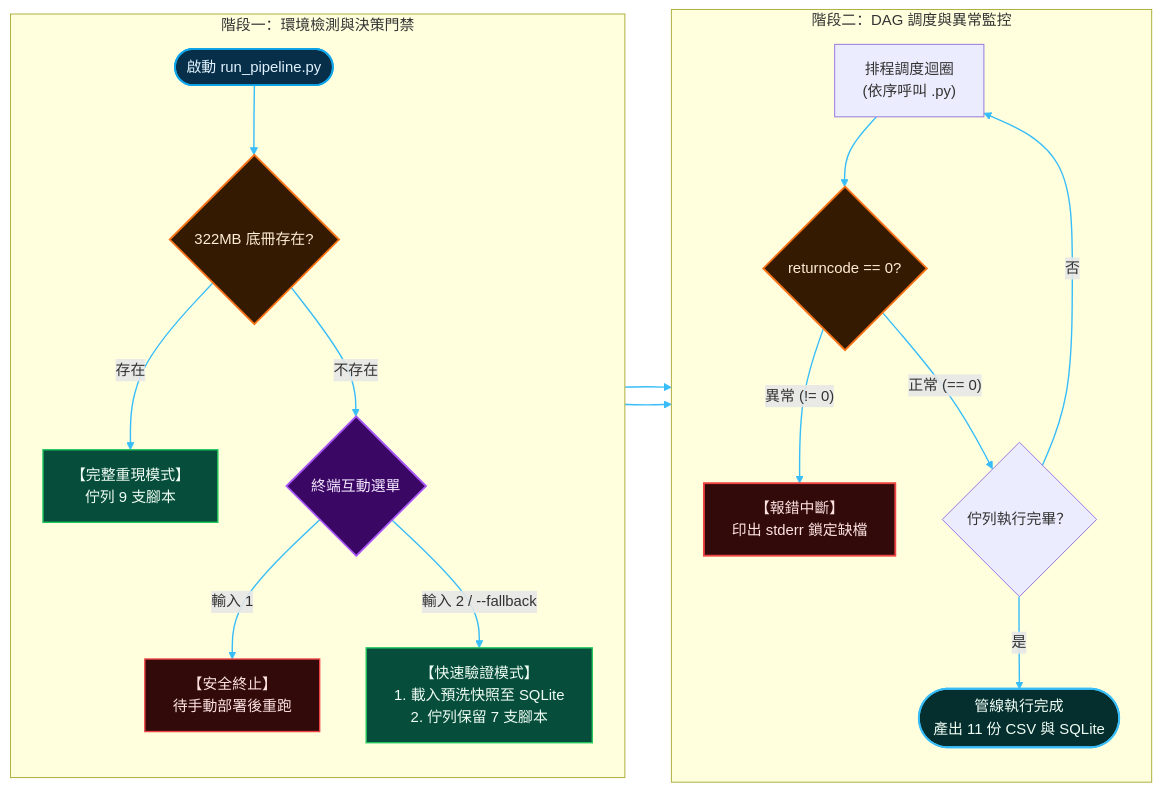
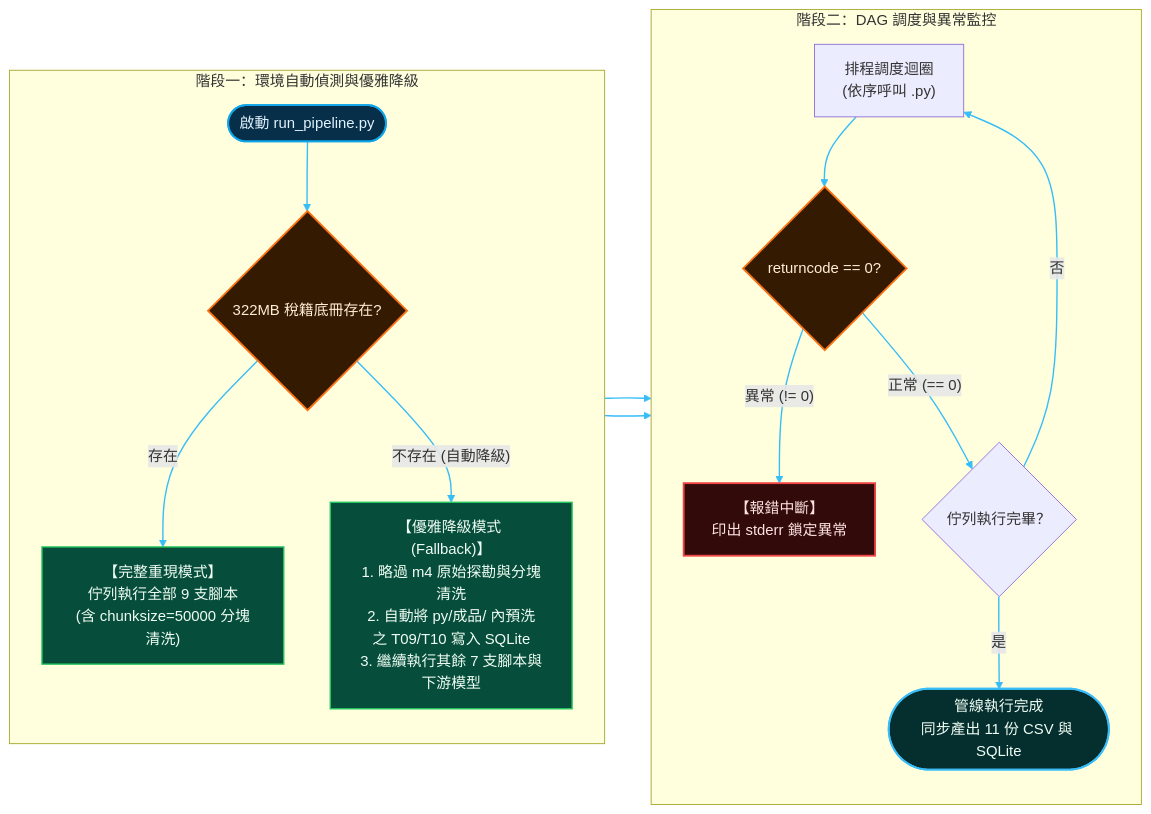
The second of 2 diagrams in README.md (GuanYingLin/Taiwan-Catering-Industry-2015-2024), drawn with Mermaid before and after one commit. The commit also changed other lines of this file, not shown here.

````diff
--- a/README.md
+++ b/README.md
@@ -161,38 +162,33 @@
 ```mermaid
 flowchart LR
-    subgraph S1 ["階段一：環境檢測與決策門禁"]
+    subgraph S1 ["階段一：環境自動偵測與優雅降級"]
         direction TB
-        START(["啟動 run_pipeline.py"]) --> GATE1{"322MB 底冊存在?"}
+        START(["啟動 run_pipeline.py"]) --> GATE1{"322MB 稅籍底冊存在?"}
         
-        GATE1 -->|"存在"| MODE_FULL["【完整重現模式】<br/>佇列 9 支腳本"]
-        GATE1 -->|"不存在"| PROMPT{"終端互動選單"}
-        
-        PROMPT -->|"輸入 1"| EXIT_SAFE["【安全終止】<br/>待手動部署後重跑"]
-        PROMPT -->|"輸入 2 / --fallback"| MODE_FAST["【快速驗證模式】<br/>1. 載入預洗快照至 SQLite<br/>2. 佇列保留 7 支腳本"]
+        GATE1 -->|"存在"| MODE_FULL["【完整重現模式】<br/>佇列執行全部 9 支腳本<br/>(含 chunksize=50000 分塊清洗)"]
+        GATE1 -->|"不存在 (自動降級)"| MODE_FAST["【優雅降級模式 (Fallback)】<br/>1. 略過 m4 原始探勘與分塊清洗<br/>2. 自動將 py/成品/ 內預洗之 T09/T10 寫入 SQLite<br/>3. 繼續執行其餘 7 支腳本與下游模型"]
     end
 
     subgraph S2 ["階段二：DAG 調度與異常監控"]
         direction TB
         LOOP["排程調度迴圈<br/>(依序呼叫 .py)"] --> GATE2{"returncode == 0?"}
         
-        GATE2 -->|"異常 (!= 0)"| ERR["【報錯中斷】<br/>印出 stderr 鎖定缺檔"]
+        GATE2 -->|"異常 (!= 0)"| ERR["【報錯中斷】<br/>印出 stderr 鎖定異常"]
         GATE2 -->|"正常 (== 0)"| NEXT{"佇列執行完畢？"}
         
         NEXT -->|"否"| LOOP
-        NEXT -->|"是"| DONE(["管線執行完成<br/>產出 11 份 CSV 與 SQLite"])
+        NEXT -->|"是"| DONE(["管線執行完成<br/>同步產出 11 份 CSV 與 SQLite"])
     end
 
     MODE_FULL --> LOOP
     MODE_FAST --> LOOP
 
     style START fill:#082f49,stroke:#0ea5e9,stroke-width:2px,color:#e0f2fe
     style GATE1 fill:#331a00,stroke:#f97316,stroke-width:2px,color:#ffedd5
     style GATE2 fill:#331a00,stroke:#f97316,stroke-width:2px,color:#ffedd5
-    style PROMPT fill:#3b0764,stroke:#a855f7,stroke-width:2px,color:#f3e8ff
     style MODE_FULL fill:#064e3b,stroke:#22c55e,stroke-width:1.5px,color:#f0fdf4
     style MODE_FAST fill:#064e3b,stroke:#22c55e,stroke-width:1.5px,color:#f0fdf4
-    style EXIT_SAFE fill:#330a0a,stroke:#ef4444,stroke-width:1.5px,color:#fee2e2
     style ERR fill:#330a0a,stroke:#ef4444,stroke-width:2px,color:#fee2e2
     style DONE fill:#042f2e,stroke:#38bdf8,stroke-width:2px,color:#f0fdf4
     linkStyle default stroke:#38bdf8,stroke-width:1.5px
 ```
````
